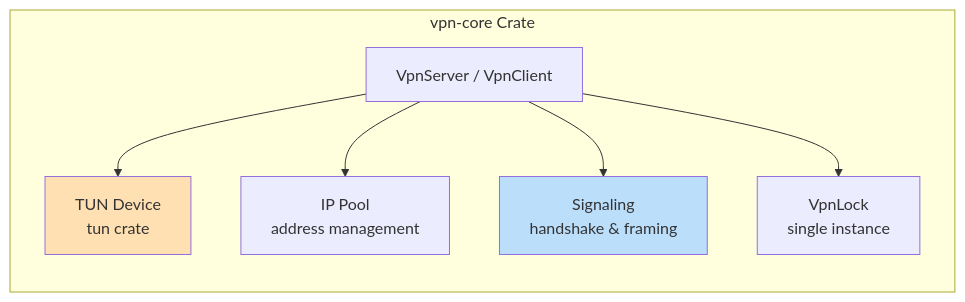
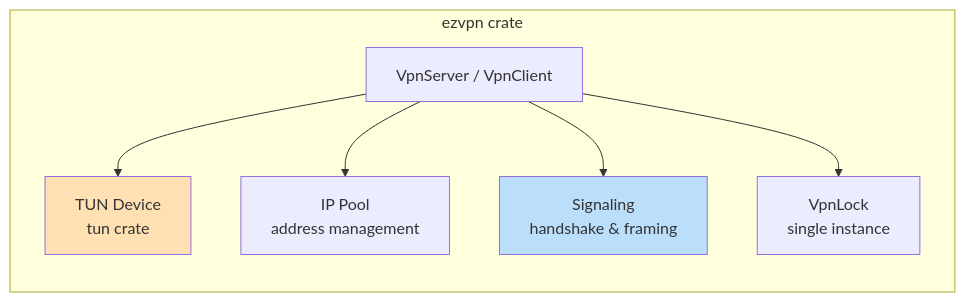
The second of 6 diagrams in docs/ARCHITECTURE.md (andrewtheguy/ezvpn), drawn with Mermaid before and after one commit. The commit also changed other lines of this file and 4 other files, not shown here.

````diff
--- a/docs/ARCHITECTURE.md
+++ b/docs/ARCHITECTURE.md
@@ -54,18 +54,18 @@
 ```mermaid
 graph LR
-    subgraph "vpn-core Crate"
+    subgraph "ezvpn crate"
         A[VpnServer / VpnClient]
         C[TUN Device<br/>tun crate]
         D[IP Pool<br/>address management]
         E[Signaling<br/>handshake & framing]
         F[VpnLock<br/>single instance]
     end
 
     A --> C
     A --> D
     A --> E
     A --> F
 
     style C fill:#FFE0B2
     style E fill:#BBDEFB
 ```
````
